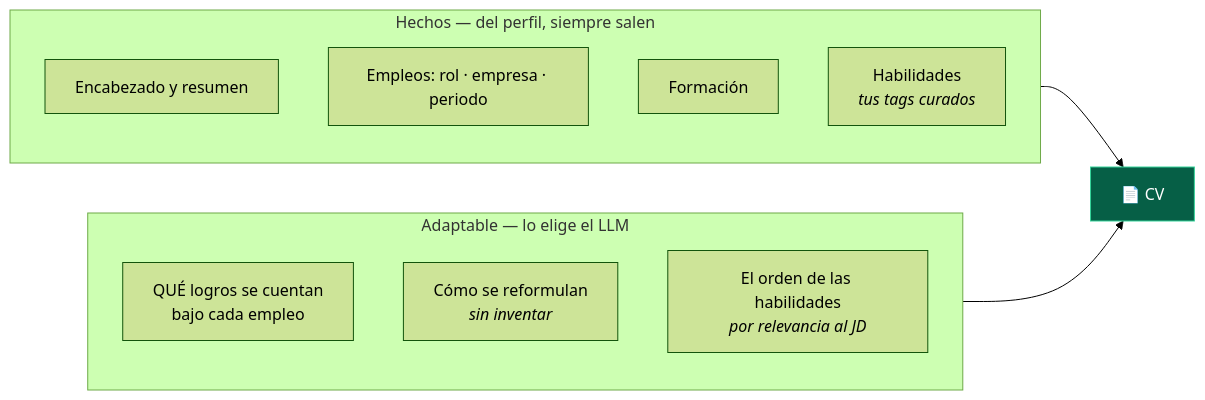
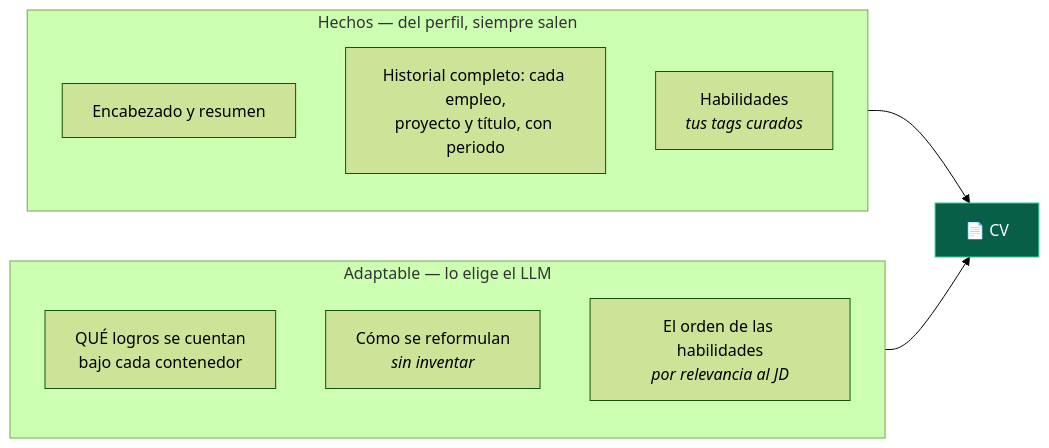
One commit to HectorDaniell/JobFinder changed the fourth of 9 diagrams in docs/FLUJO.md. Above: the diagram before and after it, drawn with Mermaid (forest theme). The commit also changed other lines of this file and 8 other files, not shown here.

````diff
--- a/docs/FLUJO.md
+++ b/docs/FLUJO.md
@@ -134,18 +134,17 @@
 ```mermaid
 flowchart LR
     subgraph FIJO["Hechos — del perfil, siempre salen"]
         H1["Encabezado y resumen"]
-        H2["Empleos: rol · empresa · periodo"]
-        H3["Formación"]
+        H2["Historial completo: cada empleo,<br/>proyecto y título, con periodo"]
         H4["Habilidades<br/><i>tus tags curados</i>"]
     end
     subgraph ADAPTA["Adaptable — lo elige el LLM"]
-        A1["QUÉ logros se cuentan<br/>bajo cada empleo"]
+        A1["QUÉ logros se cuentan<br/>bajo cada contenedor"]
         A2["Cómo se reformulan<br/><i>sin inventar</i>"]
         A3["El orden de las habilidades<br/><i>por relevancia al JD</i>"]
     end
     FIJO --> CV["📄 CV"]
     ADAPTA --> CV
 
     style CV fill:#065f46,stroke:#34d399,color:#fff
 ```
````
